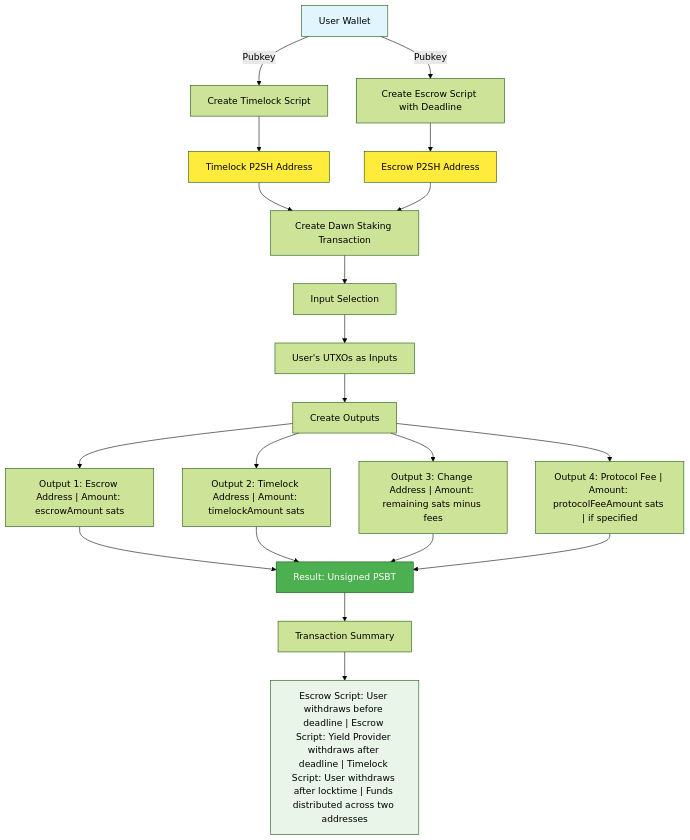
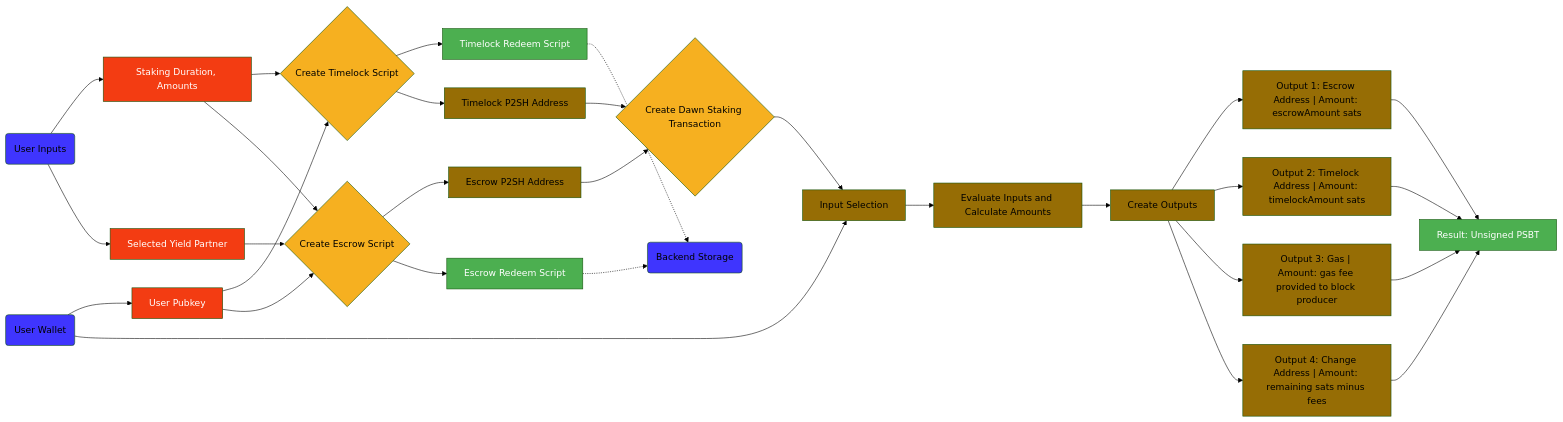
The diagram in spec/v0/user-stories.md (sundial-protocol/btc-locker), drawn with Mermaid (forest theme) before and after one commit. The commit also changed other lines of this file, not shown here.

Commit message:
v0 stake mermaid diagram

````diff
--- a/spec/v0/user-stories.md
+++ b/spec/v0/user-stories.md
@@ -34,36 +36,51 @@
 ```mermaid
-flowchart TD
-    A[User Wallet]
-    
-    A -->| Pubkey | E[Create Timelock Script]
-    E --> H[Timelock P2SH Address]
-    
-    A -->| Pubkey | I[Create Escrow Script with Deadline]
-    I --> L[Escrow P2SH Address]
-    
-    H --> M[Create Dawn Staking Transaction]
-    L --> M
-    
-    M --> N[Input Selection]
-    N --> O["User's UTXOs as Inputs"]
-    
-    O --> P[Create Outputs]
-    P --> Q["Output 1: Escrow Address | Amount: escrowAmount sats"]
-    P --> R["Output 2: Timelock Address | Amount: timelockAmount sats"]
-    P --> S["Output 3: Change Address | Amount: remaining sats minus fees"]
-    P --> T["Output 4: Protocol Fee | Amount: protocolFeeAmount sats | if specified"]
-    
-    Q --> U[Result: Unsigned PSBT]
-    R --> U
-    S --> U
-    T --> U
-    
-    U --> V[Transaction Summary]
-    V --> W["Escrow Script: User withdraws before deadline | Escrow Script: Yield Provider withdraws after deadline | Timelock Script: User withdraws after locktime | Funds distributed across two addresses"]
-    
-    style A fill:#e1f5fe
-    style H fill:#ffeb3b
-    style L fill:#ffeb3b
-    style U fill:#4caf50,color:#fff
-    style W fill:#e8f5e8
+flowchart LR
+    Wallet(User Wallet) --> UserPkh[User Pubkey]
+    Input(User Inputs) --> Duration[Staking Duration, Amounts]
+    Input --> YieldPartner[Selected Yield Partner]
+
+    UserPkh --> MkTimelock{Create Timelock Script}
+    Duration --> MkTimelock
+    Duration --> MkEscrow{Create Escrow Script}
+    YieldPartner --> MkEscrow
+    UserPkh --> MkEscrow
+
+    MkTimelock --> TimelockScript[Timelock Redeem Script]
+    MkTimelock --> TimelockP2SH[Timelock P2SH Address]
+    MkEscrow --> EscrowP2SH[Escrow P2SH Address]
+    MkEscrow --> EscrowScript[Escrow Redeem Script]
+
+    TimelockP2SH --> Tx{Create Dawn Staking Transaction}
+    EscrowP2SH --> Tx
+
+    TimelockScript -.-> Backend(Backend Storage)
+    EscrowScript -.-> Backend
+
+    Tx --> Selection[Input Selection]
+    Wallet --> Selection
+
+    Selection --> Evaluate["Evaluate Inputs and Calculate Amounts"]
+
+    Evaluate --> Creation[Create Outputs]
+    Creation --> O1["Output 1: Escrow Address | Amount: escrowAmount sats"]
+    Creation --> O2["Output 2: Timelock Address | Amount: timelockAmount sats"]
+    Creation --> O3["Output 3: Gas | Amount: gas fee provided to block producer"]
+    Creation --> O4["Output 4: Change Address | Amount: remaining sats minus fees"]
+
+    O1 --> Result[Result: Unsigned PSBT]
+    O2 --> Result
+    O3 --> Result
+    O4 --> Result
+
+    classDef actor fill:#3f35fe
+    classDef methodStep fill:#966D05
+    classDef result fill:#4caf50,color:#fff
+    classDef input fill:#f33c12,color:#fff
+    classDef method fill:#F6B020,color:#000
+
+    class Wallet,Input,Backend actor
+    class TimelockP2SH,EscrowP2SH,O1,O2,O3,O4,Selection,Evaluate,Creation methodStep
+    class EscrowScript,TimelockScript,Result result
+    class MkTimelock,MkEscrow,Tx method
+    class UserPkh,Duration,YieldPartner input
 ```
````
